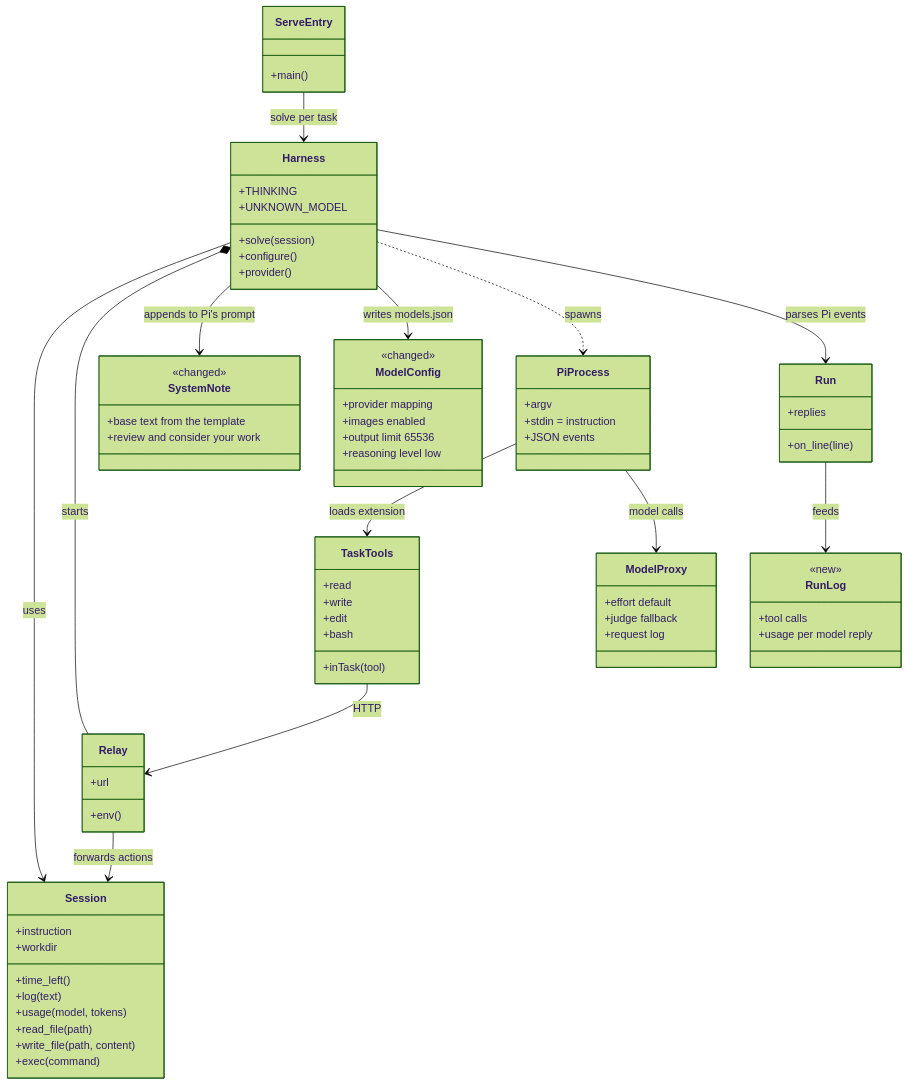
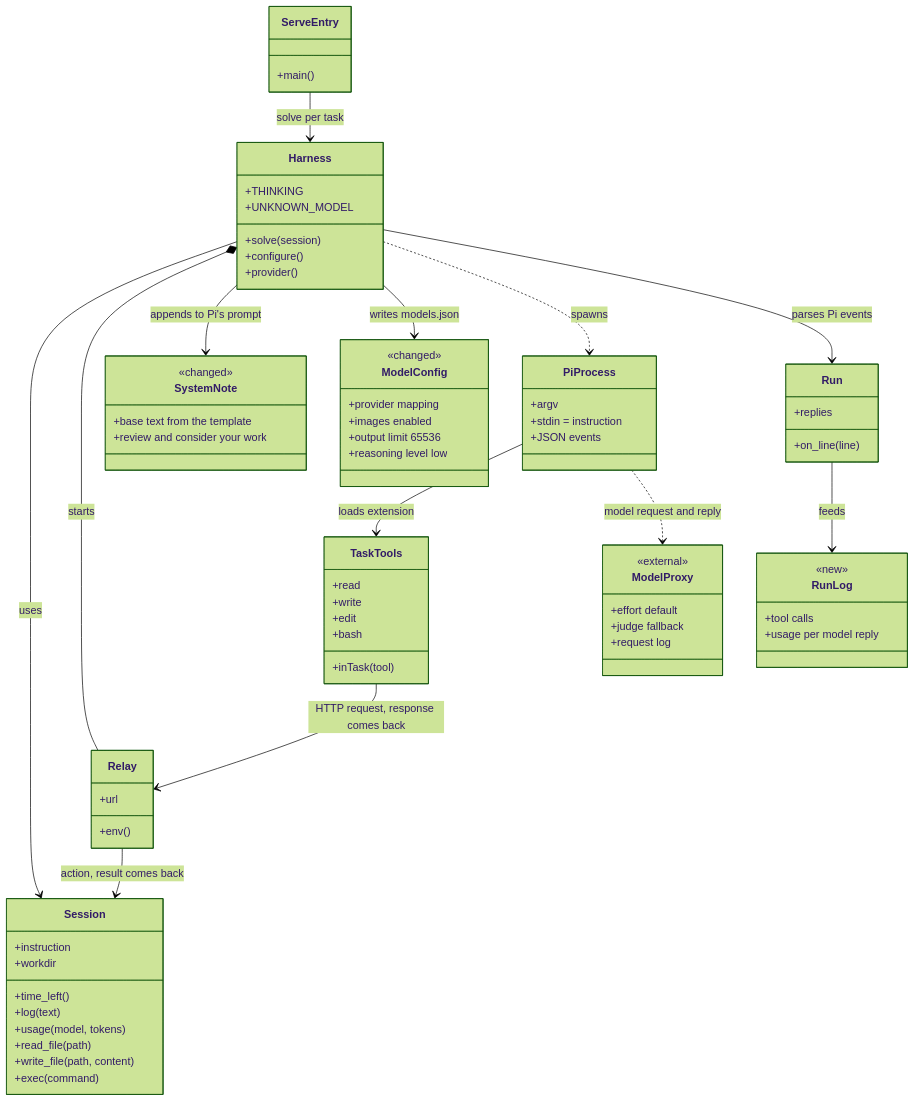
Before and after one commit to SophusRosendahl/ple-submission: the third of 5 diagrams in docs/architecture-rung1.md, drawn with Mermaid (forest theme). The commit also changed other lines of this file, not shown here.

First line of the commit message:
Rung 1 UML review: request and response shown on every channel (double-headed arrows, legend), cancel path in the sequence, external and config stereotypes in the class diagram, top-down deployment

````diff
--- a/docs/architecture-rung1.md
+++ b/docs/architecture-rung1.md
@@ -117,77 +134,78 @@
 ```mermaid
 classDiagram
   class ServeEntry {
     +main()
   }
   class Session {
     +instruction
     +workdir
     +time_left()
     +log(text)
     +usage(model, tokens)
     +read_file(path)
     +write_file(path, content)
     +exec(command)
   }
   class Relay {
     +env()
     +url
   }
   class Harness {
     +solve(session)
     +configure()
     +provider()
     +THINKING
     +UNKNOWN_MODEL
   }
   class SystemNote {
     +base text from the template
     +review and consider your work
   }
   class ModelConfig {
     +provider mapping
     +images enabled
     +output limit 65536
     +reasoning level low
   }
   class Run {
     +on_line(line)
     +replies
   }
   class RunLog {
     +tool calls
     +usage per model reply
   }
   class PiProcess {
     +argv
     +stdin = instruction
     +JSON events
   }
   class TaskTools {
     +read
     +write
     +edit
     +bash
     +inTask(tool)
   }
   class ModelProxy {
     +effort default
     +judge fallback
     +request log
   }
   ServeEntry --> Harness : solve per task
   Harness --> Session : uses
   Harness *-- Relay : starts
   Harness --> SystemNote : appends to Pi's prompt
   Harness --> ModelConfig : writes models.json
   Harness ..> PiProcess : spawns
   Harness --> Run : parses Pi events
   Run --> RunLog : feeds
   PiProcess --> TaskTools : loads extension
-  TaskTools --> Relay : HTTP
-  Relay --> Session : forwards actions
-  PiProcess --> ModelProxy : model calls
+  TaskTools --> Relay : HTTP request, response comes back
+  Relay --> Session : action, result comes back
+  PiProcess ..> ModelProxy : model request and reply
   <<changed>> SystemNote
   <<changed>> ModelConfig
+  <<external>> ModelProxy
   <<new>> RunLog
 ```
````
